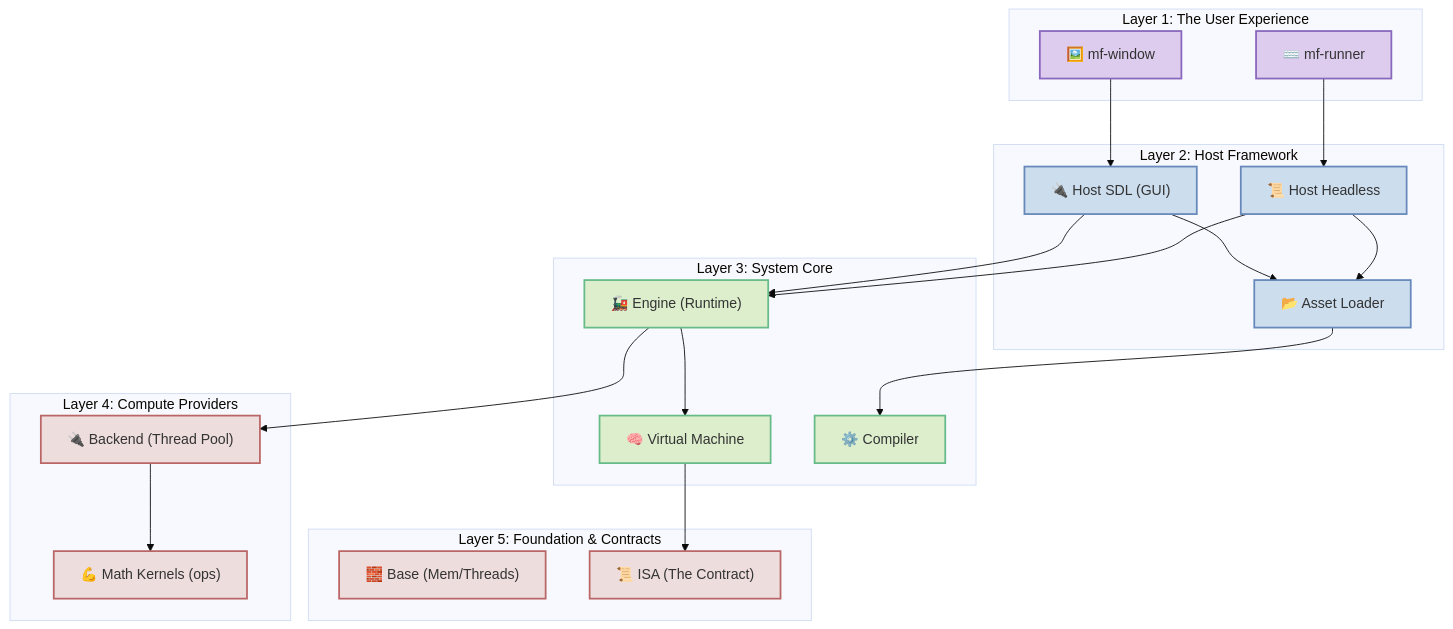
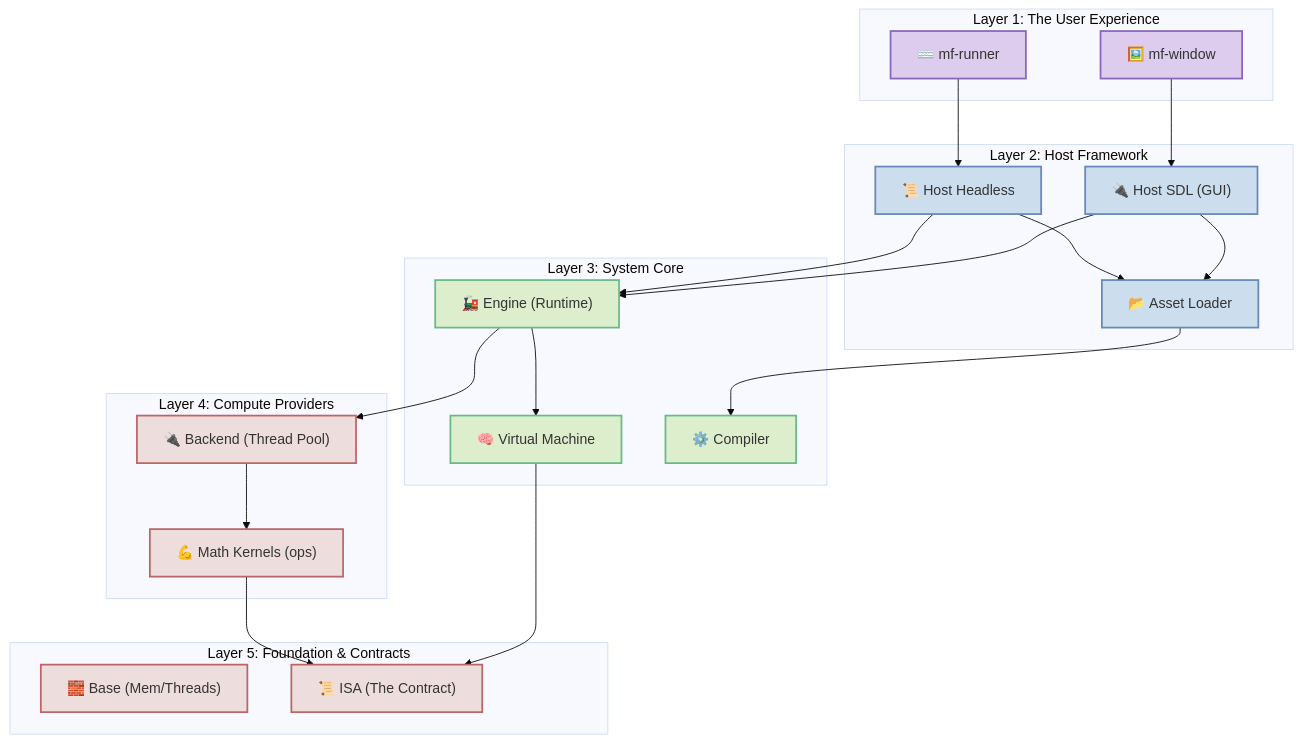
The second of 2 diagrams in docs/architecture.md (BinaryCat17/MathFlow), drawn with Mermaid (base theme) before and after one commit.

Commit message:
Docs: Add Ops -> ISA dependency to architecture diagram.

````diff
--- a/docs/architecture.md
+++ b/docs/architecture.md
@@ -96,53 +96,54 @@
 ```mermaid
 graph TD
     %% Styles
     classDef layerApp fill:#dce,stroke:#86b,stroke-width:2px;
     classDef layerHost fill:#cde,stroke:#68b,stroke-width:2px;
     classDef layerCore fill:#dec,stroke:#6b8,stroke-width:2px;
     classDef layerBase fill:#edd,stroke:#b66,stroke-width:2px;
 
     %% Layer 1: Apps
     subgraph L1 ["Layer 1: The User Experience"]
         App_GUI["🖼️ mf-window"]:::layerApp
         App_CLI["⌨️ mf-runner"]:::layerApp
     end
 
     %% Layer 2: Host
     subgraph L2 ["Layer 2: Host Framework"]
         HostHeadless["📜 Host Headless"]:::layerHost
         HostSDL["🔌 Host SDL (GUI)"]:::layerHost
         Loader["📂 Asset Loader"]:::layerHost
     end
 
     %% Layer 3: Core
     subgraph L3 ["Layer 3: System Core"]
         Engine["🚂 Engine (Runtime)"]:::layerCore
         VM["🧠 Virtual Machine"]:::layerCore
         Compiler["⚙️ Compiler"]:::layerCore
     end
 
     %% Layer 4: Compute
     subgraph L4 ["Layer 4: Compute Providers"]
         Backend["🔌 Backend (Thread Pool)"]:::layerBase
         Ops["💪 Math Kernels (ops)"]:::layerBase
     end
 
     %% Layer 5: Foundation
     subgraph L5 ["Layer 5: Foundation & Contracts"]
         Base["🧱 Base (Mem/Threads)"]:::layerBase
         ISA["📜 ISA (The Contract)"]:::layerBase
     end
 
     %% Dependencies
     App_GUI --> HostSDL
     App_CLI --> HostHeadless
     HostSDL --> Loader
     HostHeadless --> Loader
     HostSDL --> Engine
     HostHeadless --> Engine
     Loader --> Compiler
     Engine --> VM
     VM --> ISA
+    Ops --> ISA
     Engine --> Backend
     Backend --> Ops
 ```
````
